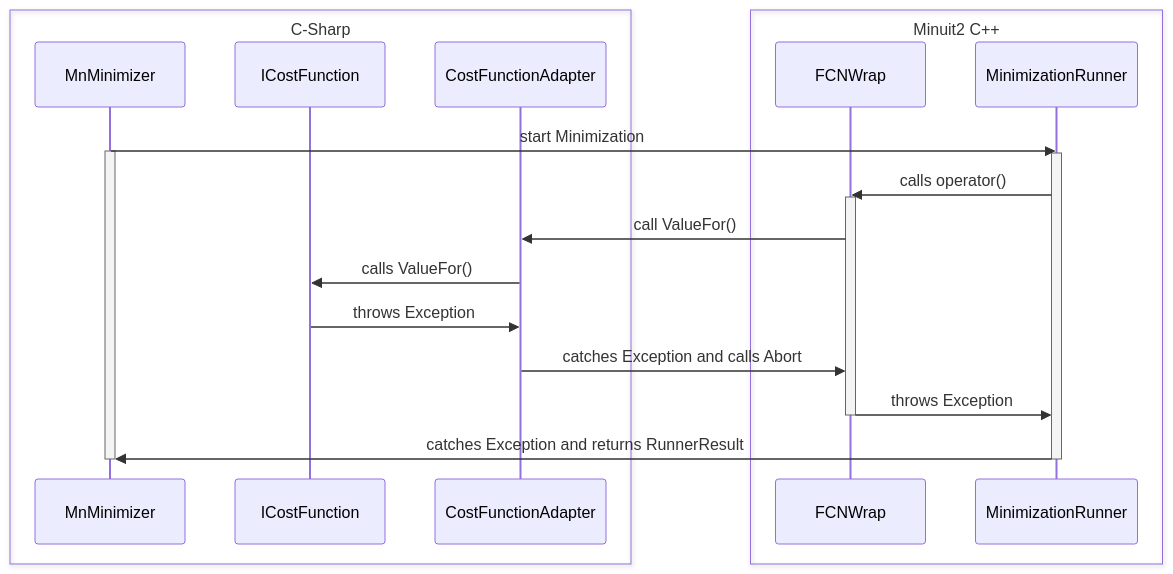
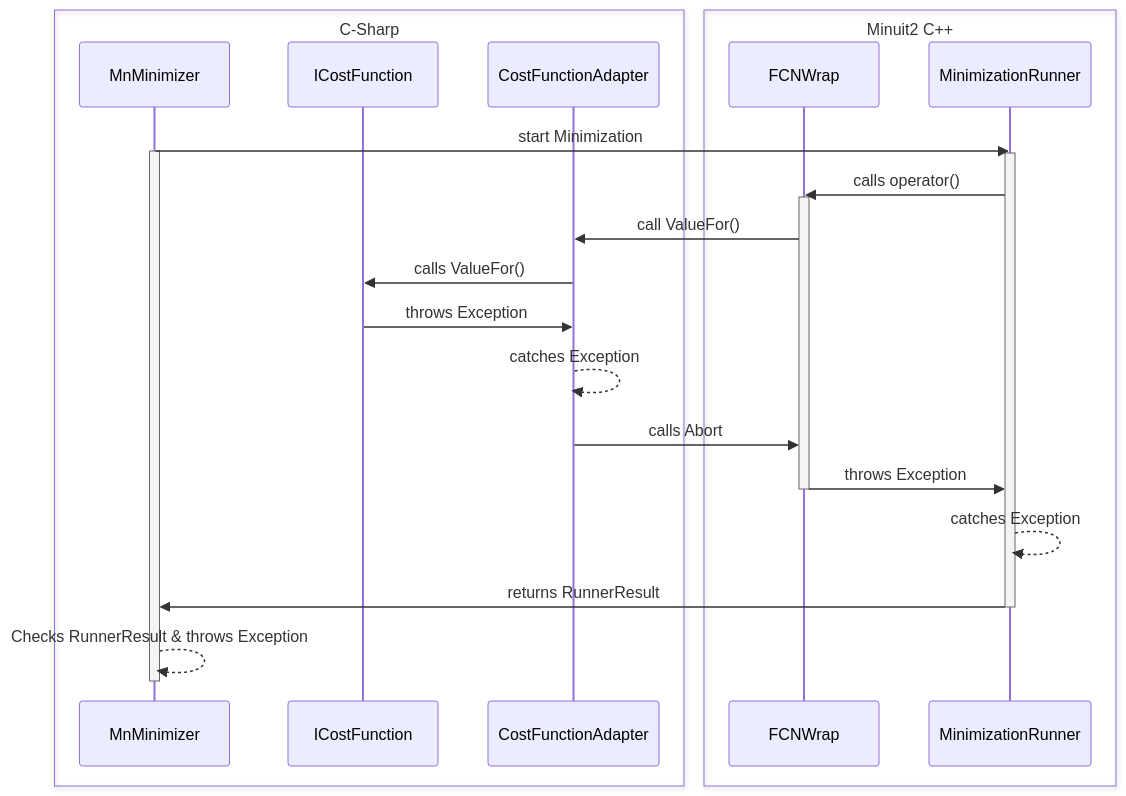
Before and after one commit to bruker-biosensors/minuit2.net: the diagram in minuit2.wrap/readme.MD, drawn with Mermaid.

````diff
--- a/minuit2.wrap/readme.MD
+++ b/minuit2.wrap/readme.MD
@@ -28,30 +28,33 @@
 ``` mermaid
 sequenceDiagram
 
 box C-Sharp
     participant MnMinimizer
     participant ICostFunction
     participant CostFunctionAdapter
     end
 
 box Minuit2 C++
     participant FCNWrap
     participant MinimizationRunner
     end
 
 
     MnMinimizer->>MinimizationRunner: start Minimization
     activate MnMinimizer
     activate MinimizationRunner
     MinimizationRunner->>FCNWrap: calls operator()
     activate FCNWrap
     FCNWrap->>CostFunctionAdapter: call ValueFor()
     CostFunctionAdapter->>ICostFunction: calls ValueFor()
     ICostFunction->>CostFunctionAdapter: throws Exception
-    CostFunctionAdapter->>FCNWrap: catches Exception and calls Abort
+    CostFunctionAdapter-->>CostFunctionAdapter: catches Exception
+    CostFunctionAdapter->>FCNWrap: calls Abort
     FCNWrap->>MinimizationRunner: throws Exception
     deactivate FCNWrap
-    MinimizationRunner->>MnMinimizer: catches Exception and returns RunnerResult
+    MinimizationRunner-->>MinimizationRunner: catches Exception
+    MinimizationRunner->>MnMinimizer: returns RunnerResult
     deactivate MinimizationRunner
+    MnMinimizer-->>MnMinimizer: Checks RunnerResult & throws Exception
     deactivate MnMinimizer
 ```
````
